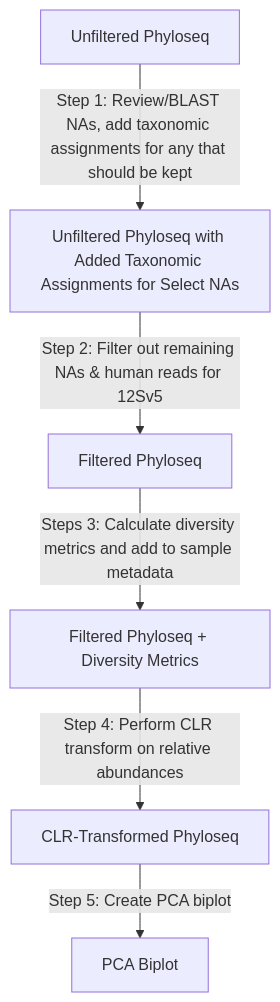
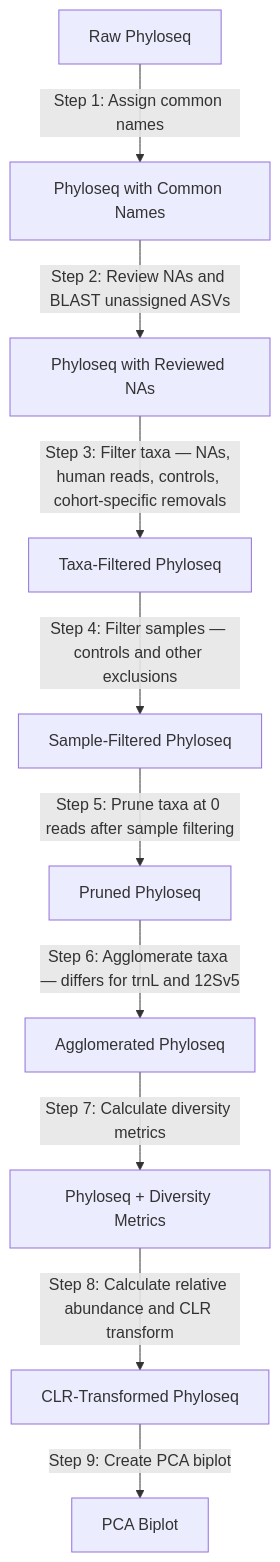
Before and after one commit to LAD-LAB/lad-lab.github.io: the diagram in docs/processing.md, drawn with Mermaid. The commit also changed other lines of this file and 6 other files, not shown here.

Commit message:
Reworking the Post PS Flowchart and Structure

````diff
--- a/docs/processing.md
+++ b/docs/processing.md
@@ -5,8 +5,12 @@
 ``` mermaid
 graph TD
-    A[Unfiltered Phyloseq] -->|Step 1: Review/BLAST NAs, add taxonomic assignments for any that should be kept| B[Unfiltered Phyloseq with Added Taxonomic Assignments for Select NAs]
-    B -->|Step 2: Filter out remaining NAs & human reads for 12Sv5| C[Filtered Phyloseq]
-    C -->|Steps 3: Calculate diversity metrics and add to sample metadata| D[Filtered Phyloseq + Diversity Metrics]
-    D -->|Step 4: Perform CLR transform on relative abundances| E[CLR-Transformed Phyloseq]
-    E -->|Step 5: Create PCA biplot| F[PCA Biplot]
+    A[Raw Phyloseq] -->|Step 1: Assign common names| B[Phyloseq with Common Names]
+    B -->|Step 2: Review NAs and BLAST unassigned ASVs| C[Phyloseq with Reviewed NAs]
+    C -->|Step 3: Filter taxa — NAs, human reads, controls, cohort-specific removals| D[Taxa-Filtered Phyloseq]
+    D -->|Step 4: Filter samples — controls and other exclusions| E[Sample-Filtered Phyloseq]
+    E -->|Step 5: Prune taxa at 0 reads after sample filtering| F[Pruned Phyloseq]
+    F -->|Step 6: Agglomerate taxa — differs for trnL and 12Sv5| G[Agglomerated Phyloseq]
+    G -->|Step 7: Calculate diversity metrics| H[Phyloseq + Diversity Metrics]
+    H -->|Step 8: Calculate relative abundance and CLR transform| I[CLR-Transformed Phyloseq]
+    I -->|Step 9: Create PCA biplot| J[PCA Biplot]
 ```
````
